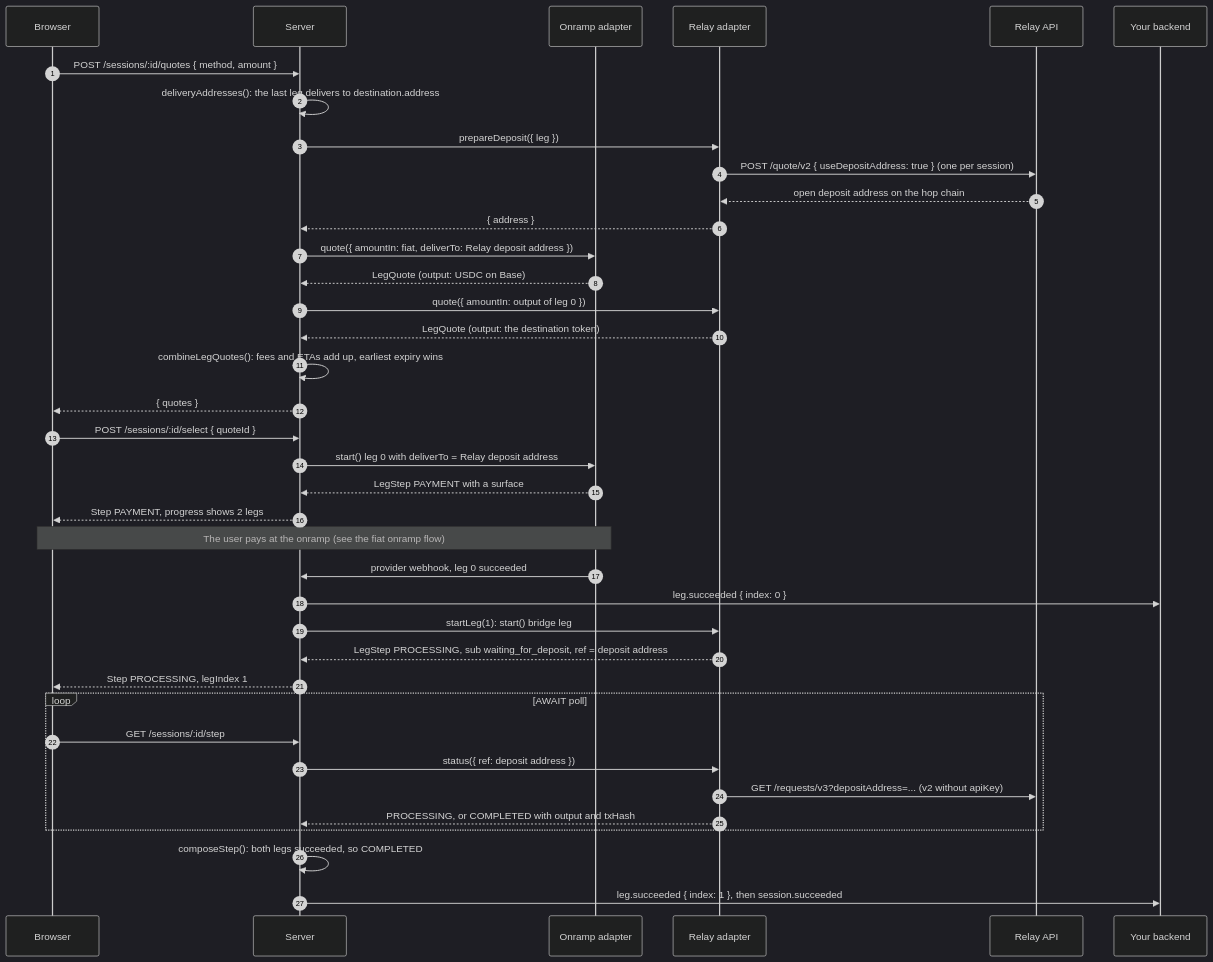
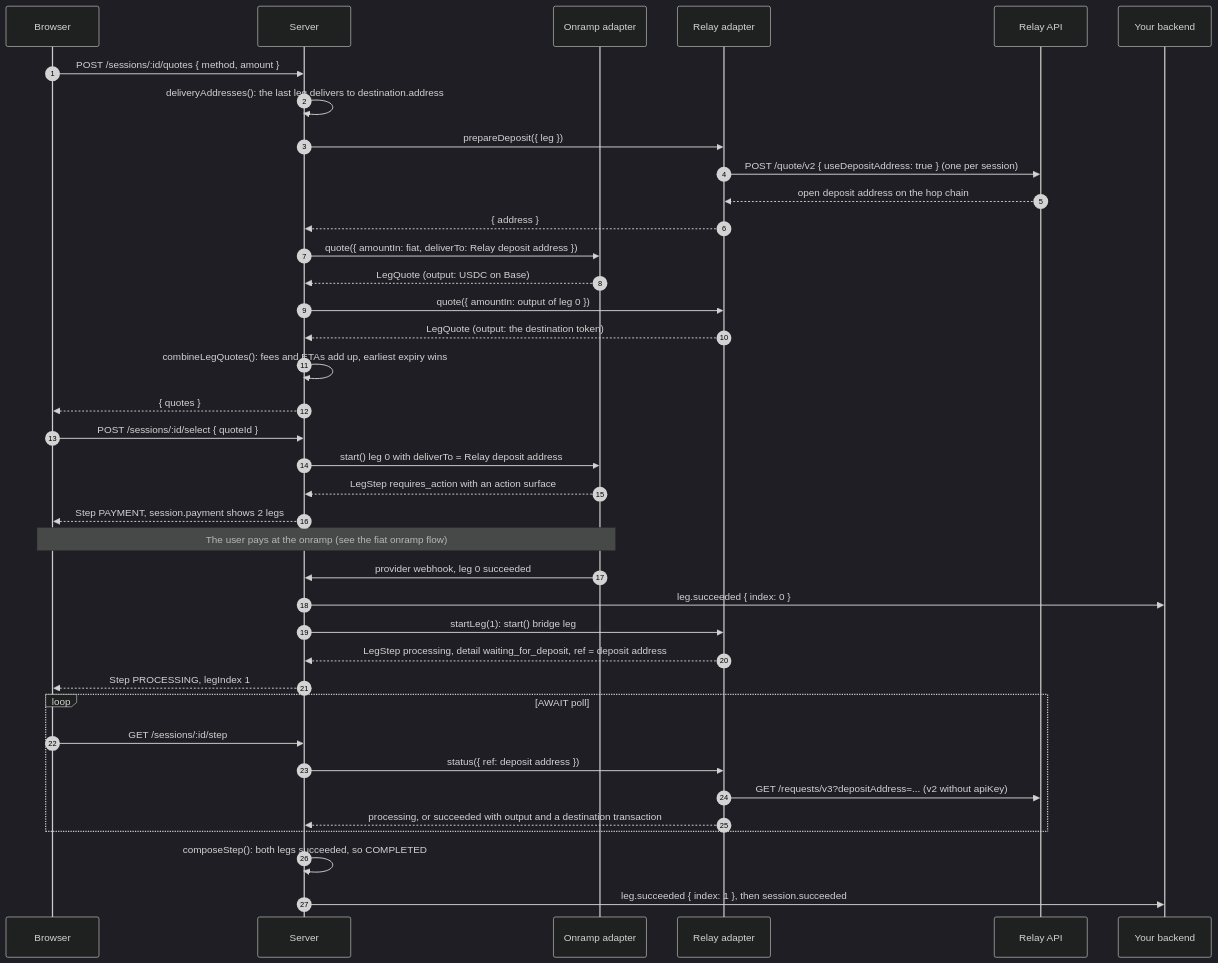
Before and after one commit to yosriady/openrampkit: the fifth of 13 diagrams in docs/concepts/flows.md, drawn with Mermaid (dark theme). The commit also changed other lines of this file and 39 other files, not shown here.

````diff
--- a/docs/concepts/flows.md
+++ b/docs/concepts/flows.md
@@ -198,40 +198,40 @@
 ```mermaid
 sequenceDiagram
   autonumber
   participant B as Browser
   participant S as Server
   participant On as Onramp adapter
   participant R as Relay adapter
   participant RA as Relay API
   participant App as Your backend
   B->>S: POST /sessions/:id/quotes { method, amount }
   S->>S: deliveryAddresses(): the last leg delivers to destination.address
   S->>R: prepareDeposit({ leg })
   R->>RA: POST /quote/v2 { useDepositAddress: true } (one per session)
   RA-->>R: open deposit address on the hop chain
   R-->>S: { address }
   S->>On: quote({ amountIn: fiat, deliverTo: Relay deposit address })
   On-->>S: LegQuote (output: USDC on Base)
   S->>R: quote({ amountIn: output of leg 0 })
   R-->>S: LegQuote (output: the destination token)
   S->>S: combineLegQuotes(): fees and ETAs add up, earliest expiry wins
   S-->>B: { quotes }
   B->>S: POST /sessions/:id/select { quoteId }
   S->>On: start() leg 0 with deliverTo = Relay deposit address
-  On-->>S: LegStep PAYMENT with a surface
-  S-->>B: Step PAYMENT, progress shows 2 legs
+  On-->>S: LegStep requires_action with an action surface
+  S-->>B: Step PAYMENT, session.payment shows 2 legs
   Note over B,On: The user pays at the onramp (see the fiat onramp flow)
   On->>S: provider webhook, leg 0 succeeded
   S->>App: leg.succeeded { index: 0 }
   S->>R: startLeg(1): start() bridge leg
-  R-->>S: LegStep PROCESSING, sub waiting_for_deposit, ref = deposit address
+  R-->>S: LegStep processing, detail waiting_for_deposit, ref = deposit address
   S-->>B: Step PROCESSING, legIndex 1
   loop AWAIT poll
     B->>S: GET /sessions/:id/step
     S->>R: status({ ref: deposit address })
     R->>RA: GET /requests/v3?depositAddress=... (v2 without apiKey)
-    R-->>S: PROCESSING, or COMPLETED with output and txHash
+    R-->>S: processing, or succeeded with output and a destination transaction
   end
   S->>S: composeStep(): both legs succeeded, so COMPLETED
   S->>App: leg.succeeded { index: 1 }, then session.succeeded
 ```
````
